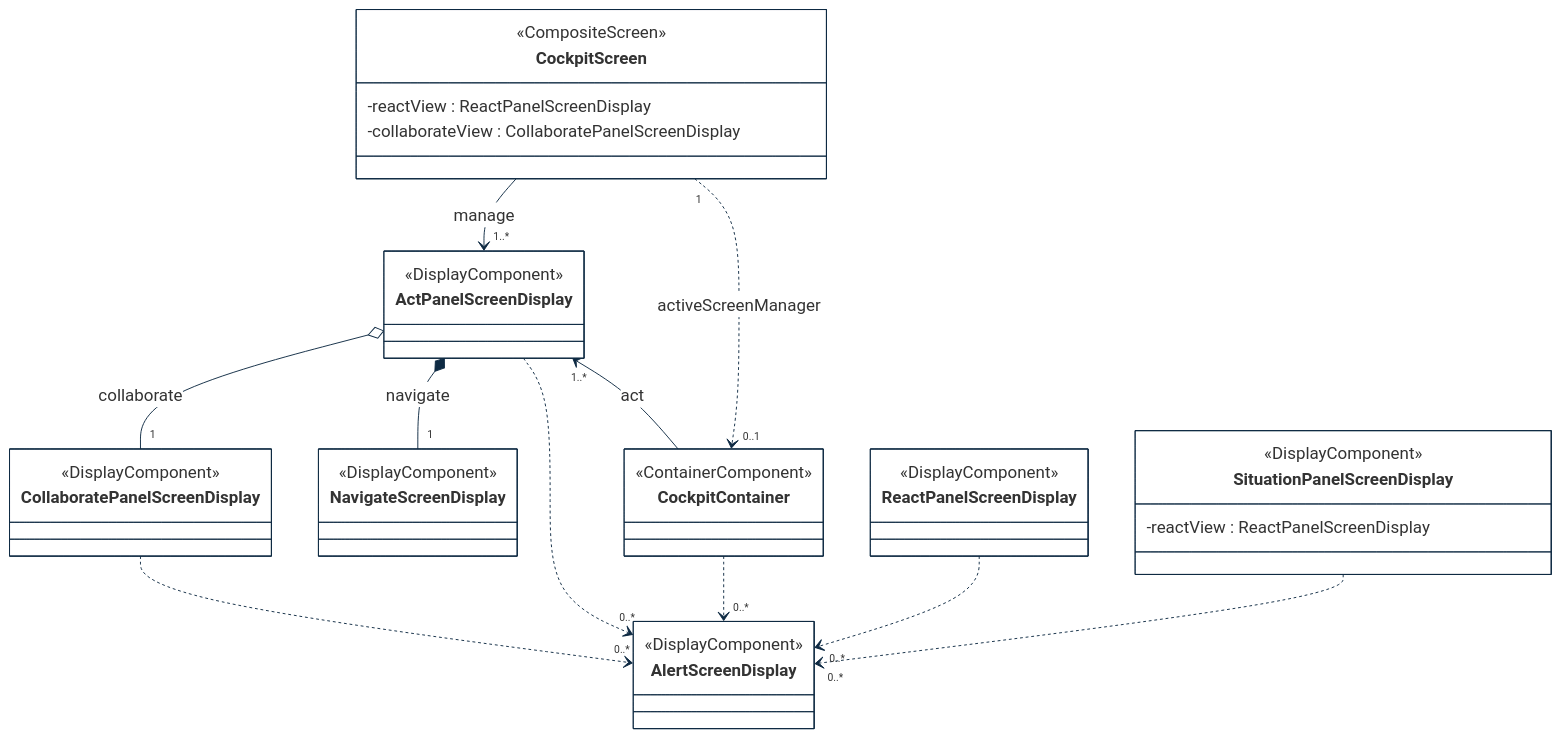
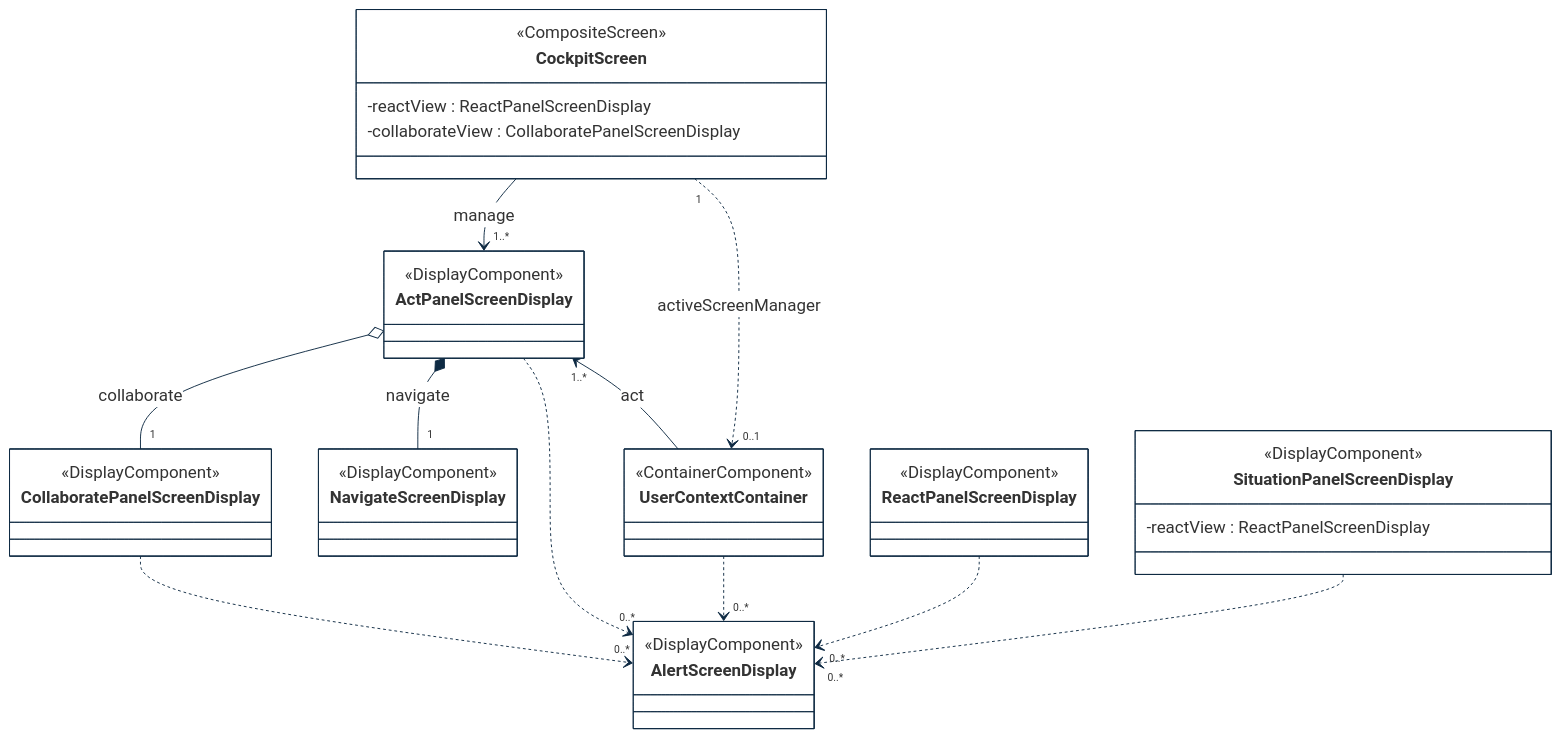
The second of 2 diagrams in implementations-line/cockpit-foundations/web-reactive-frontend/doc/designview-ui-layer.md (cybnity/foundation), drawn with Mermaid before and after one commit. The commit also changed other lines of this file and 16 other files, not shown here.

````diff
--- a/implementations-line/cockpit-foundations/web-reactive-frontend/doc/designview-ui-layer.md
+++ b/implementations-line/cockpit-foundations/web-reactive-frontend/doc/designview-ui-layer.md
@@ -127,59 +126,59 @@
 ```mermaid
 %%{
   init: {
     'theme': 'base',
     'themeVariables': {
         'background': '#ffffff',
         'fontFamily': 'arial',
         'fontSize': '18px',
         'primaryColor': '#fff',
         'primaryBorderColor': '#0e2a43',
         'secondaryBorderColor': '#0e2a43',
         'tertiaryBorderColor': '#0e2a43',
         'edgeLabelBackground':'#0e2a43',
         'lineColor': '#0e2a43',
         'tertiaryColor': '#fff'
     }
   }
 }%%
 classDiagram
     CollaboratePanelScreenDisplay ..> "0..*" AlertScreenDisplay
     ActPanelScreenDisplay *-- "1" NavigateScreenDisplay :navigate
     ActPanelScreenDisplay ..> "0..*" AlertScreenDisplay
     ActPanelScreenDisplay o-- "1" CollaboratePanelScreenDisplay :collaborate
-    ActPanelScreenDisplay "1..*" <-- CockpitContainer :act
-    CockpitContainer ..> "0..*" AlertScreenDisplay
+    ActPanelScreenDisplay "1..*" <-- UserContextContainer :act
+    UserContextContainer ..> "0..*" AlertScreenDisplay
     CockpitScreen --> "1..*" ActPanelScreenDisplay :manage
     ReactPanelScreenDisplay ..> "0..*" AlertScreenDisplay
     SituationPanelScreenDisplay ..> "0..*" AlertScreenDisplay
-    CockpitScreen "1" ..> "0..1" CockpitContainer :activeScreenManager
+    CockpitScreen "1" ..> "0..1" UserContextContainer :activeScreenManager
     
-    class CockpitContainer {
+    class UserContextContainer {
         <<ContainerComponent>>
     }
     class ReactPanelScreenDisplay {
         <<DisplayComponent>>
     }
     class SituationPanelScreenDisplay {
         <<DisplayComponent>>
         -reactView : ReactPanelScreenDisplay
     }
     class ActPanelScreenDisplay {
         <<DisplayComponent>>
     }
     class NavigateScreenDisplay {
         <<DisplayComponent>>
     }
     class AlertScreenDisplay {
         <<DisplayComponent>>
     }
     class CollaboratePanelScreenDisplay {
         <<DisplayComponent>>
     }
     class CockpitScreen {
         <<CompositeScreen>>
         -reactView : ReactPanelScreenDisplay
         -collaborateView : CollaboratePanelScreenDisplay
     }
     
 ```
````
